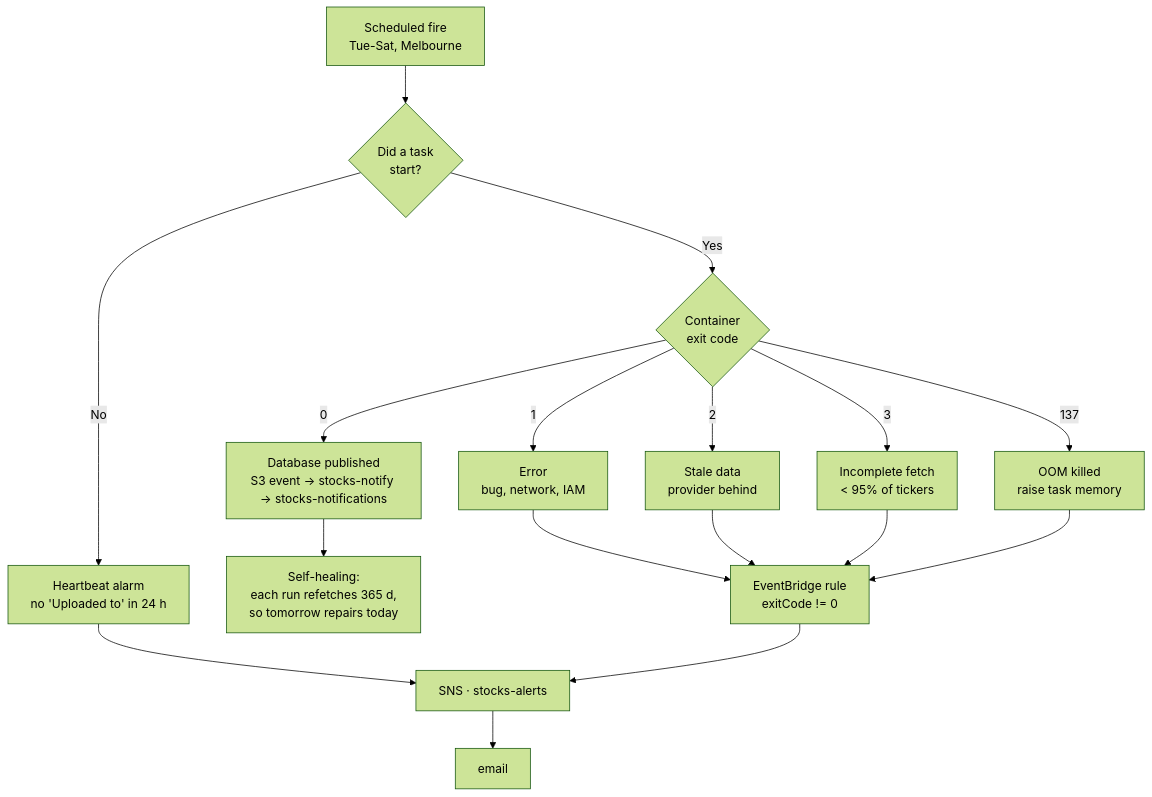
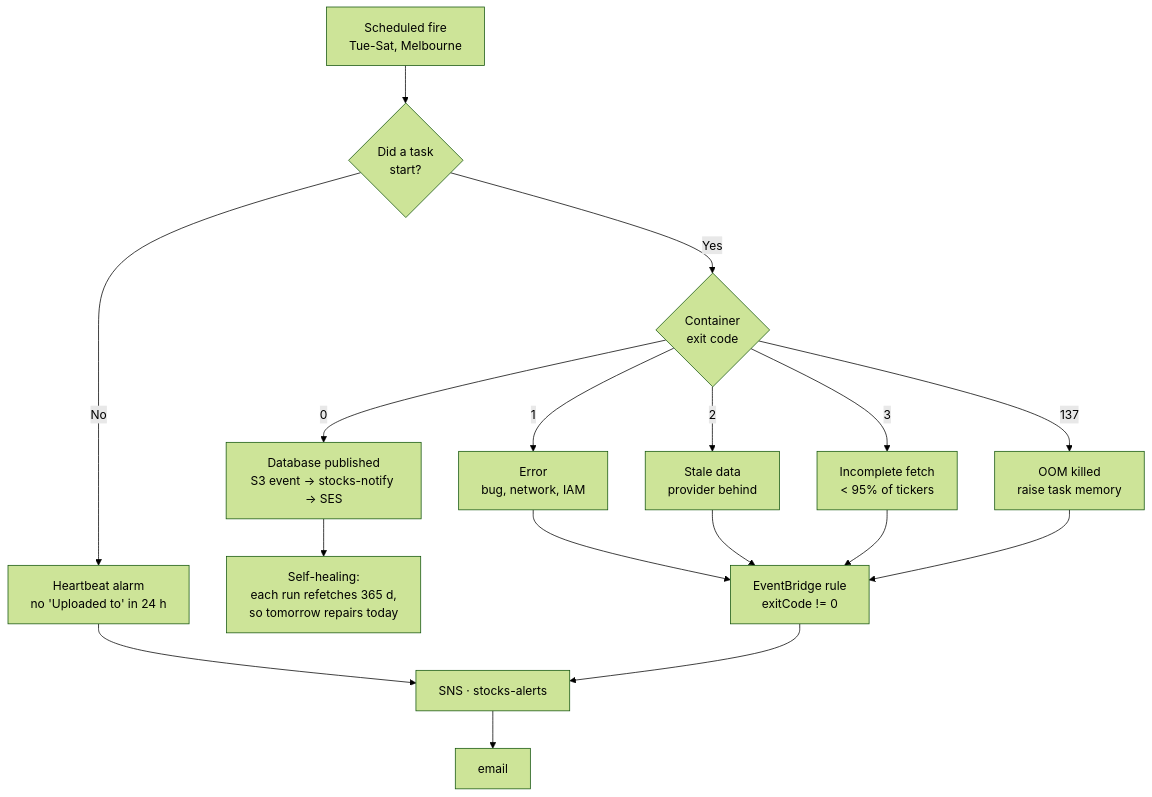
One commit to ryandam9/Stocks changed the fourth of 5 diagrams in docs/AWS_DEPLOYMENT_SPEC.md. Above: the diagram before and after it, drawn with Mermaid (forest theme). The commit also changed other lines of this file and 9 other files, not shown here.

````diff
--- a/docs/AWS_DEPLOYMENT_SPEC.md
+++ b/docs/AWS_DEPLOYMENT_SPEC.md
@@ -504,20 +504,20 @@
 ```mermaid
 flowchart TD
     START["Scheduled fire<br/>Tue-Sat, Melbourne"] --> RAN{"Did a task<br/>start?"}
 
     RAN -->|No| H["Heartbeat alarm<br/>no 'Uploaded to' in 24 h"]
     RAN -->|Yes| EXIT{"Container<br/>exit code"}
 
-    EXIT -->|0| OK["Database published<br/>S3 event -> stocks-notify -> stocks-notifications"]
+    EXIT -->|0| OK["Database published<br/>S3 event -> stocks-notify -> SES"]
     EXIT -->|1| E1["Error<br/>bug, network, IAM"]
     EXIT -->|2| E2["Stale data<br/>provider behind"]
     EXIT -->|3| E3["Incomplete fetch<br/>< 95% of tickers"]
     EXIT -->|137| E4["OOM killed<br/>raise task memory"]
 
     E1 & E2 & E3 & E4 --> RULE["EventBridge rule<br/>exitCode != 0"]
     RULE --> SNS["SNS · stocks-alerts"]
     H --> SNS
     SNS --> MAIL["email"]
 
     OK --> NOTE["Self-healing:<br/>each run refetches 365 d,<br/>so tomorrow repairs today"]
 ```
````
